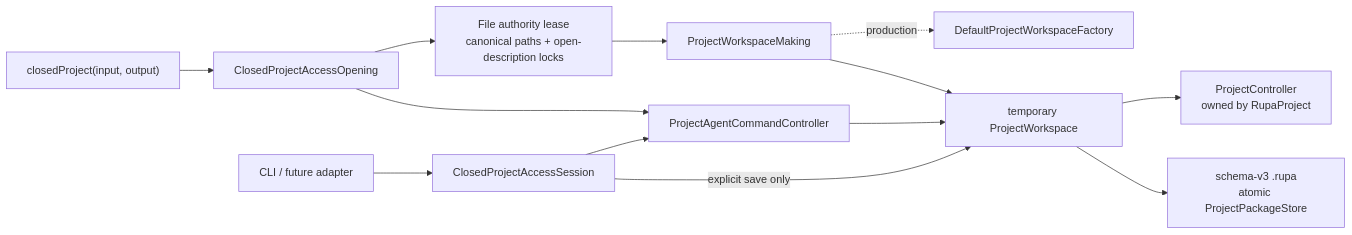
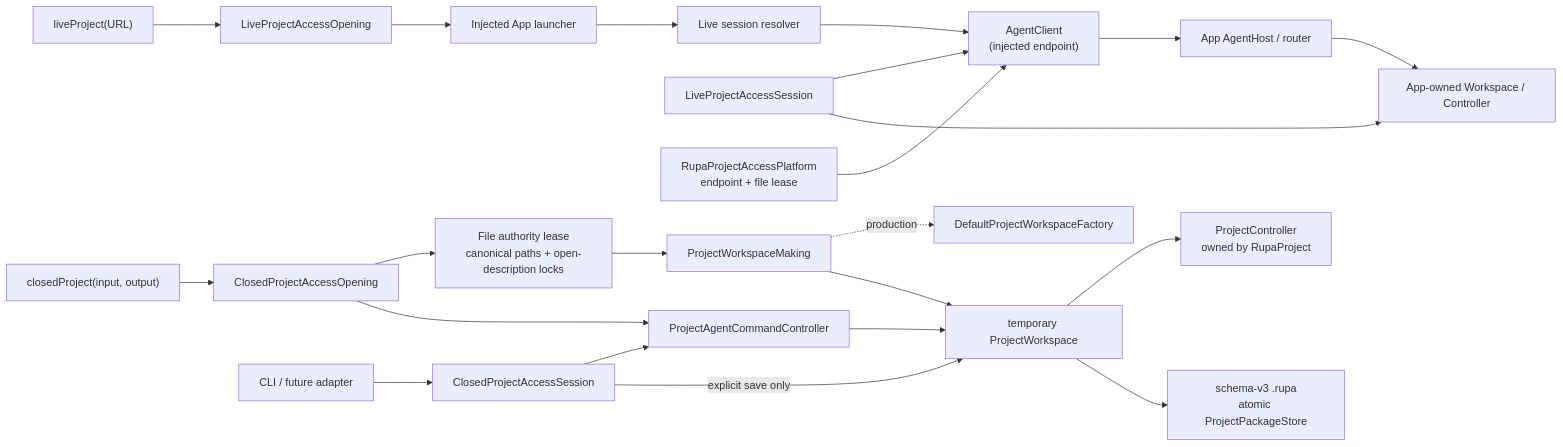
Before and after one commit to 1amageek/Rupa: the first of 3 diagrams in RupaKit/Sources/RupaProjectAccessComposition/DESIGN.md, drawn with Mermaid. The commit also changed other lines of this file and 97 other files, not shown here.

Commit message:
Integrate live Rupa project access

````diff
--- a/RupaKit/Sources/RupaProjectAccessComposition/DESIGN.md
+++ b/RupaKit/Sources/RupaProjectAccessComposition/DESIGN.md
@@ -60,15 +73,24 @@
 ```mermaid
 flowchart LR
+    LiveTarget["liveProject(URL)"] --> LiveOpen["LiveProjectAccessOpening"]
+    LiveOpen --> Launcher["Injected App launcher"]
+    Launcher --> Resolver["Live session resolver"]
+    Resolver --> LiveClient["AgentClient\n(injected endpoint)"]
+    LiveClient --> LiveHost["App AgentHost / router"]
+    LiveHost --> LiveWorkspace["App-owned Workspace / Controller"]
+    LiveSession["LiveProjectAccessSession"] --> LiveClient
+    LiveSession --> LiveWorkspace
+    Platform["RupaProjectAccessPlatform\nendpoint + file lease"] --> LiveClient
     Target["closedProject(input, output)"] --> Open["ClosedProjectAccessOpening"]
     Open --> Lease["File authority lease\ncanonical paths + open-description locks"]
     Lease --> Factory["ProjectWorkspaceMaking"]
     Factory -. production .-> DefaultFactory["DefaultProjectWorkspaceFactory"]
     Factory --> Workspace["temporary ProjectWorkspace"]
     Workspace --> Controller["ProjectController\nowned by RupaProject"]
     Open --> Handler["ProjectAgentCommandController"]
     Handler --> Workspace
     Caller["CLI / future adapter"] --> Session["ClosedProjectAccessSession"]
     Session --> Handler
     Session -->|explicit save only| Workspace
     Workspace --> Package["schema-v3 .rupa\natomic ProjectPackageStore"]
 ```
````
